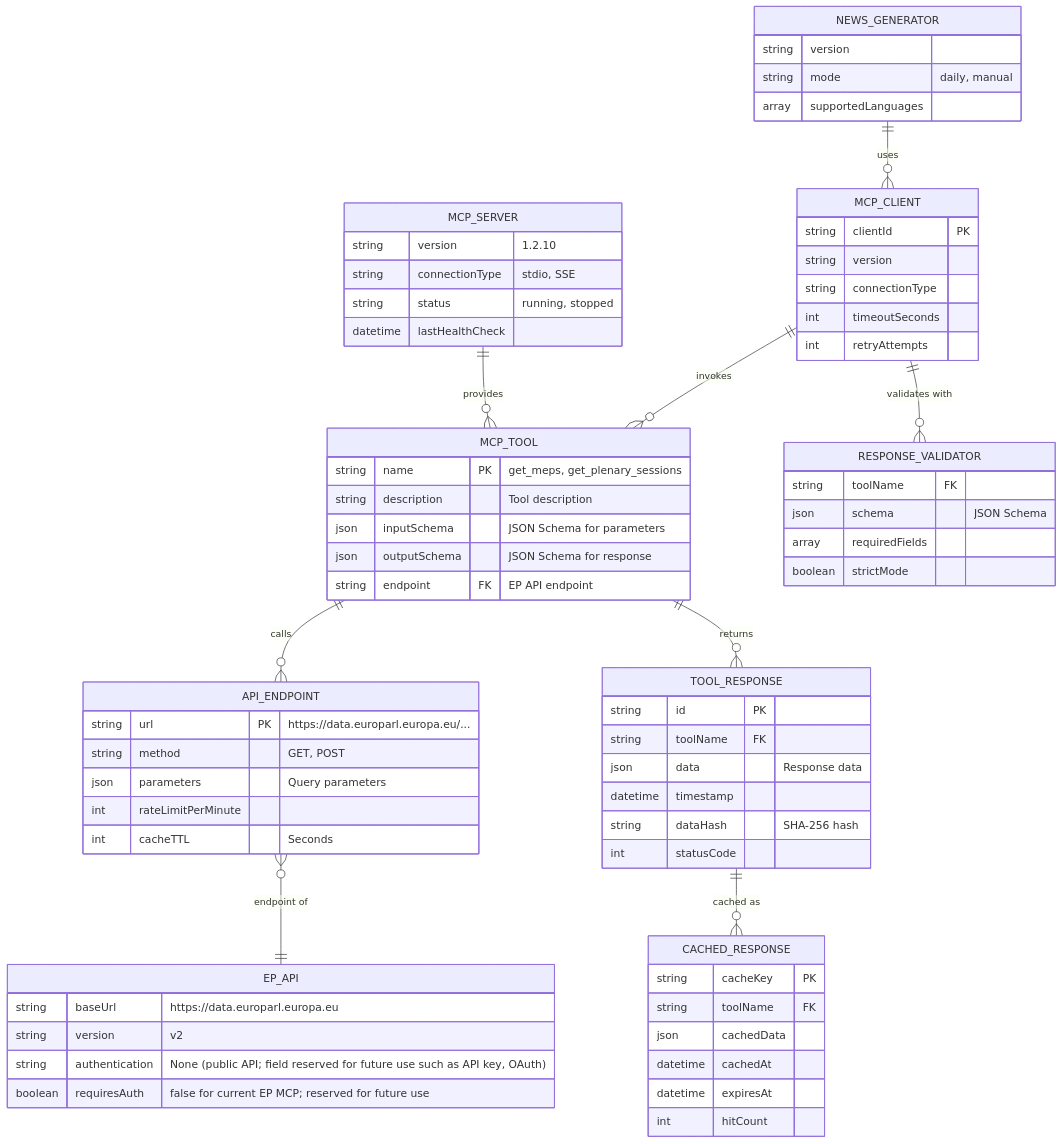
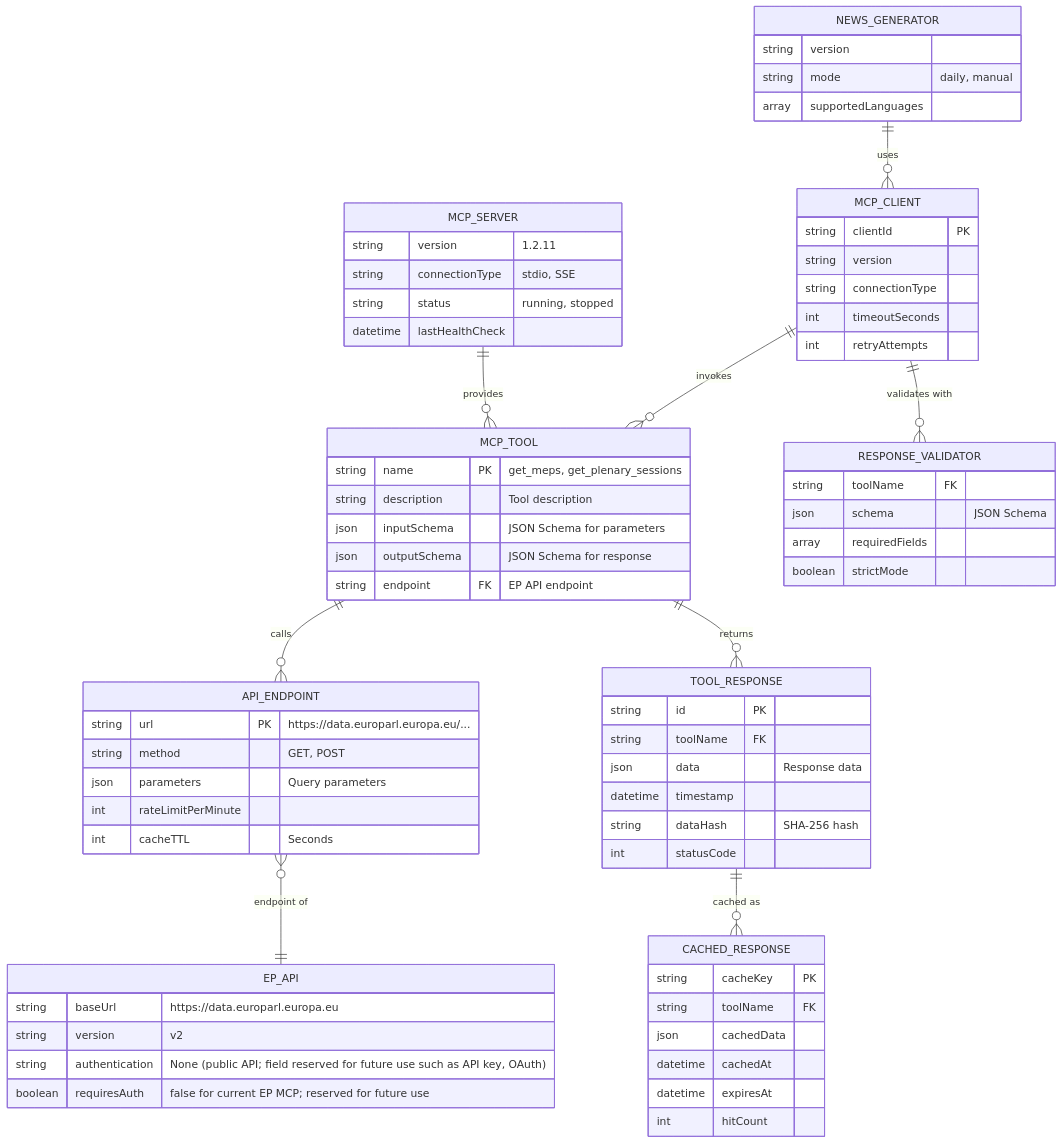
The third of 9 diagrams in DATA_MODEL.md (Hack23/euparliamentmonitor), drawn with Mermaid before and after one commit. The commit also changed other lines of this file and 50 other files, not shown here.

````diff
--- a/DATA_MODEL.md
+++ b/DATA_MODEL.md
@@ -837,81 +837,81 @@
 ```mermaid
 erDiagram
     MCP_SERVER ||--o{ MCP_TOOL : "provides"
     MCP_TOOL ||--o{ API_ENDPOINT : "calls"
     API_ENDPOINT }o--|| EP_API : "endpoint of"
     MCP_TOOL ||--o{ TOOL_RESPONSE : "returns"
     TOOL_RESPONSE ||--o{ CACHED_RESPONSE : "cached as"
 
     NEWS_GENERATOR ||--o{ MCP_CLIENT : "uses"
     MCP_CLIENT ||--o{ MCP_TOOL : "invokes"
     MCP_CLIENT ||--o{ RESPONSE_VALIDATOR : "validates with"
 
     MCP_SERVER {
-        string version "1.2.10"
+        string version "1.2.11"
         string connectionType "stdio, SSE"
         string status "running, stopped"
         datetime lastHealthCheck
     }
 
     MCP_TOOL {
         string name PK "get_meps, get_plenary_sessions"
         string description "Tool description"
         json inputSchema "JSON Schema for parameters"
         json outputSchema "JSON Schema for response"
         string endpoint FK "EP API endpoint"
     }
 
     API_ENDPOINT {
         string url PK "https://data.europarl.europa.eu/..."
         string method "GET, POST"
         json parameters "Query parameters"
         int rateLimitPerMinute
         int cacheTTL "Seconds"
     }
 
     EP_API {
         string baseUrl "https://data.europarl.europa.eu"
         string version "v2"
         string authentication "None (public API; field reserved for future use such as API key, OAuth)"
         boolean requiresAuth "false for current EP MCP; reserved for future use"
     }
 
     TOOL_RESPONSE {
         string id PK
         string toolName FK
         json data "Response data"
         datetime timestamp
         string dataHash "SHA-256 hash"
         int statusCode
     }
 
     CACHED_RESPONSE {
         string cacheKey PK
         string toolName FK
         json cachedData
         datetime cachedAt
         datetime expiresAt
         int hitCount
     }
 
     MCP_CLIENT {
         string clientId PK
         string version
         string connectionType
         int timeoutSeconds
         int retryAttempts
     }
 
     RESPONSE_VALIDATOR {
         string toolName FK
         json schema "JSON Schema"
         array requiredFields
         boolean strictMode
     }
 
     NEWS_GENERATOR {
         string version
         string mode "daily, manual"
         array supportedLanguages
     }
 ```
````
